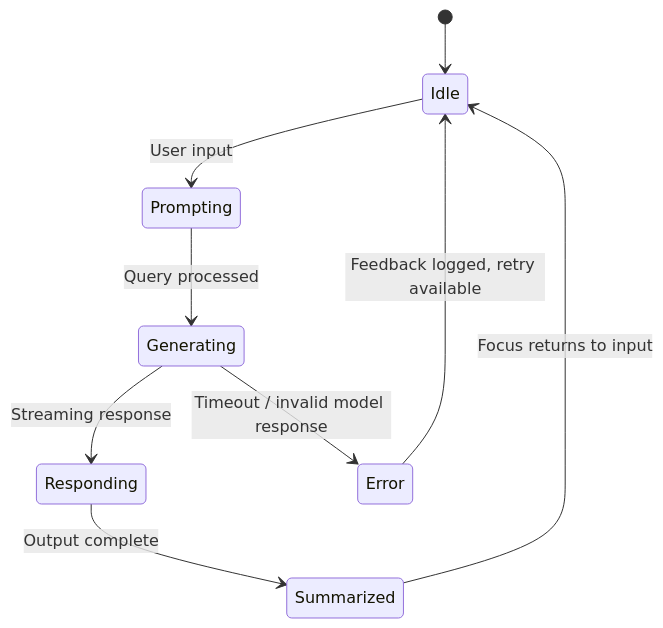
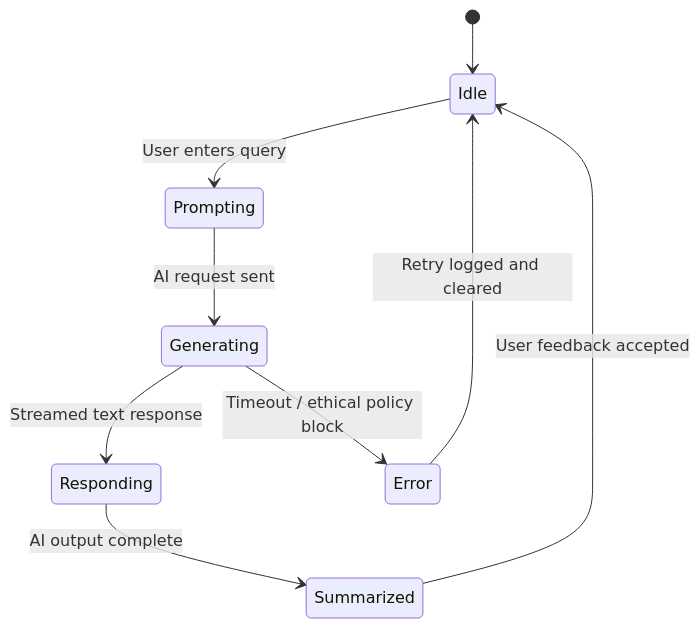
The second of 4 diagrams in docs/design/reviews/ui_components/ai_assistant.md (bartytime4life/Kansas-Frontier-Matrix), drawn with Mermaid before and after one commit. The commit also changed other lines of this file, not shown here.

````diff
--- a/docs/design/reviews/ui_components/ai_assistant.md
+++ b/docs/design/reviews/ui_components/ai_assistant.md
@@ -133,11 +141,11 @@
 ```mermaid
 stateDiagram-v2
   [*] --> Idle
-  Idle --> Prompting : User input
-  Prompting --> Generating : Query processed
-  Generating --> Responding : Streaming response
-  Responding --> Summarized : Output complete
-  Summarized --> Idle : Focus returns to input
-  Generating --> Error : Timeout / invalid model response
-  Error --> Idle : Feedback logged, retry available
+  Idle --> Prompting : User enters query
+  Prompting --> Generating : AI request sent
+  Generating --> Responding : Streamed text response
+  Responding --> Summarized : AI output complete
+  Summarized --> Idle : User feedback accepted
+  Generating --> Error : Timeout / ethical policy block
+  Error --> Idle : Retry logged and cleared
 ```
````
